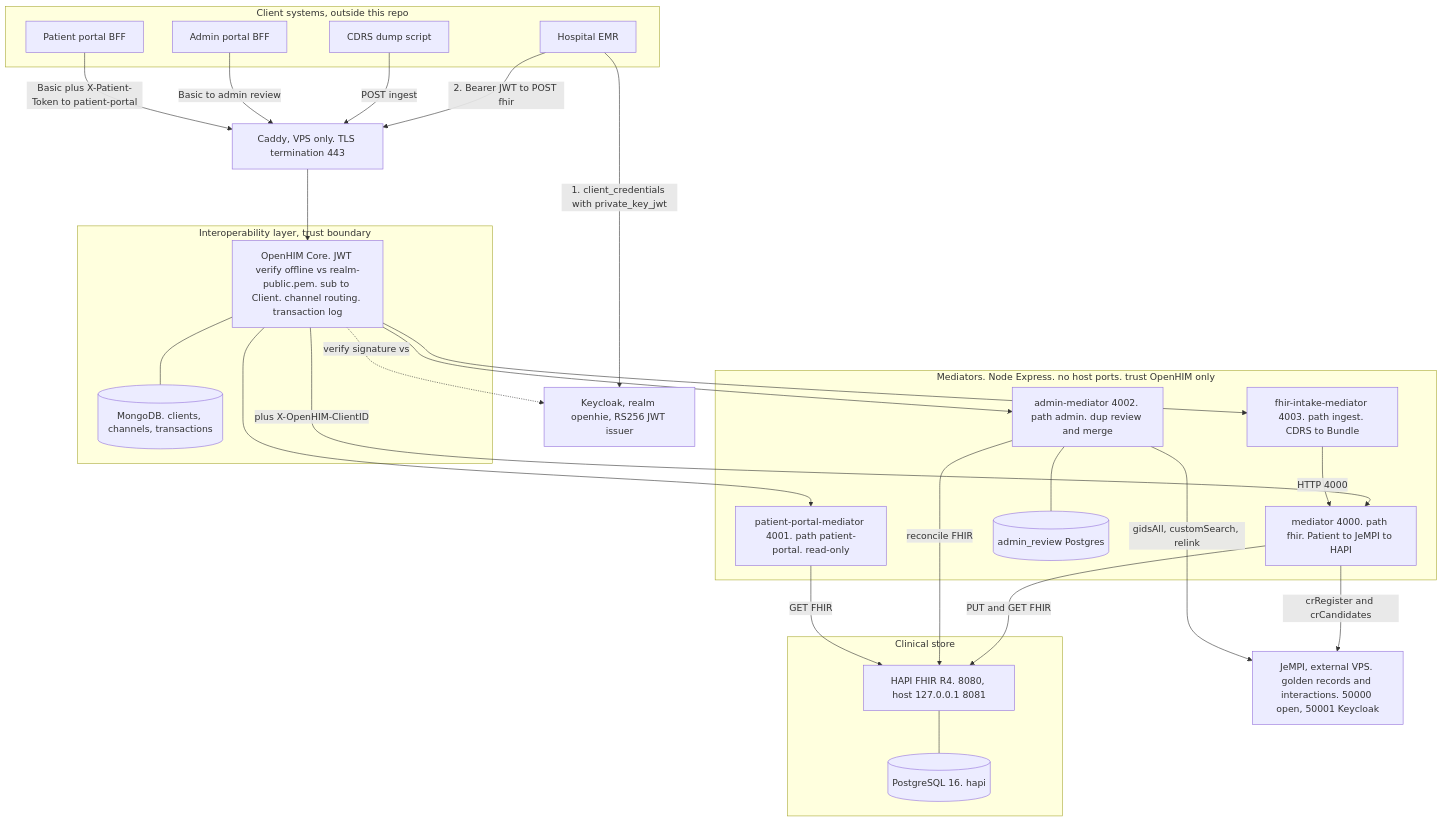
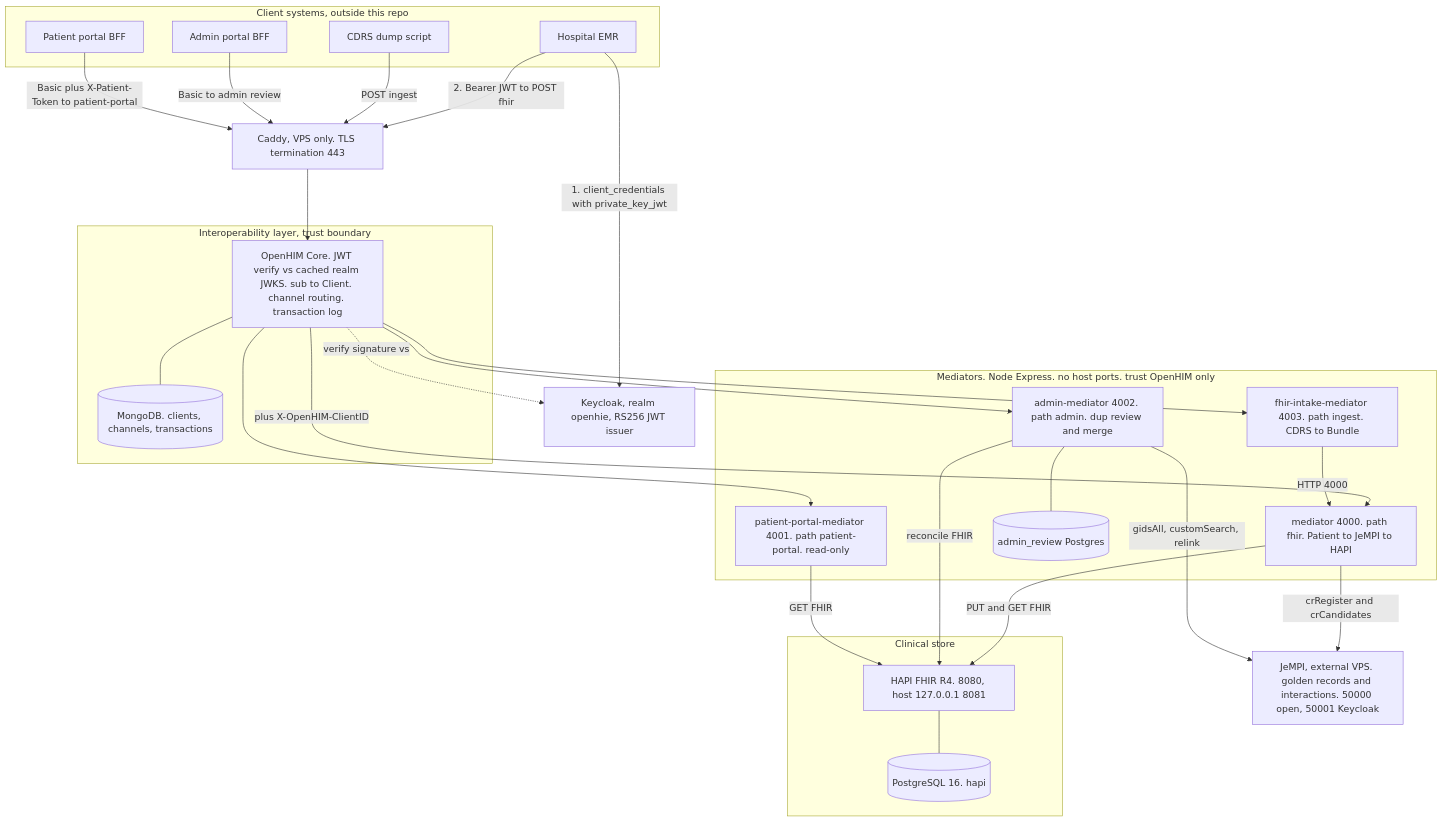
The first of 12 diagrams in ARCHITECTURE-AND-DFD.md (ETech-Nepal/openhim), drawn with Mermaid before and after one commit. The commit also changed other lines of this file and 207 other files, not shown here.

````diff
--- a/ARCHITECTURE-AND-DFD.md
+++ b/ARCHITECTURE-AND-DFD.md
@@ -46,54 +46,54 @@
 ```mermaid
 flowchart TB
     subgraph clients["Client systems, outside this repo"]
       EMR["Hospital EMR"]
       DUMP["CDRS dump script"]
       BFF_A["Admin portal BFF"]
       BFF_P["Patient portal BFF"]
     end
 
     KC["Keycloak, realm openhie, RS256 JWT issuer"]
 
     subgraph him["Interoperability layer, trust boundary"]
-      HIM["OpenHIM Core. JWT verify offline vs realm-public.pem. sub to Client. channel routing. transaction log"]
+      HIM["OpenHIM Core. JWT verify vs cached realm JWKS. sub to Client. channel routing. transaction log"]
       MONGO[("MongoDB. clients, channels, transactions")]
       HIM --- MONGO
     end
 
     subgraph meds["Mediators. Node Express. no host ports. trust OpenHIM only"]
       MED["mediator 4000. path fhir. Patient to JeMPI to HAPI"]
       INTAKE["fhir-intake-mediator 4003. path ingest. CDRS to Bundle"]
       ADMIN["admin-mediator 4002. path admin. dup review and merge"]
       PORTAL["patient-portal-mediator 4001. path patient-portal. read-only"]
       RDB[("admin_review Postgres")]
       ADMIN --- RDB
     end
 
     JEMPI["JeMPI, external VPS. golden records and interactions. 50000 open, 50001 Keycloak"]
 
     subgraph clin["Clinical store"]
       HAPI["HAPI FHIR R4. 8080, host 127.0.0.1 8081"]
       PGDB[("PostgreSQL 16. hapi")]
       HAPI --- PGDB
     end
 
     CADDY["Caddy, VPS only. TLS termination 443"]
 
     EMR -->|"1. client_credentials with private_key_jwt"| KC
     EMR -->|"2. Bearer JWT to POST fhir"| CADDY
     DUMP -->|"POST ingest"| CADDY
     BFF_A -->|"Basic to admin review"| CADDY
     BFF_P -->|"Basic plus X-Patient-Token to patient-portal"| CADDY
     CADDY --> HIM
     HIM -.->|"verify signature vs"| KC
     HIM -->|"plus X-OpenHIM-ClientID"| MED
     HIM --> INTAKE
     HIM --> ADMIN
     HIM --> PORTAL
     INTAKE -->|"HTTP 4000"| MED
     MED -->|"crRegister and crCandidates"| JEMPI
     ADMIN -->|"gidsAll, customSearch, relink"| JEMPI
     MED -->|"PUT and GET FHIR"| HAPI
     ADMIN -->|"reconcile FHIR"| HAPI
     PORTAL -->|"GET FHIR"| HAPI
 ```
````
